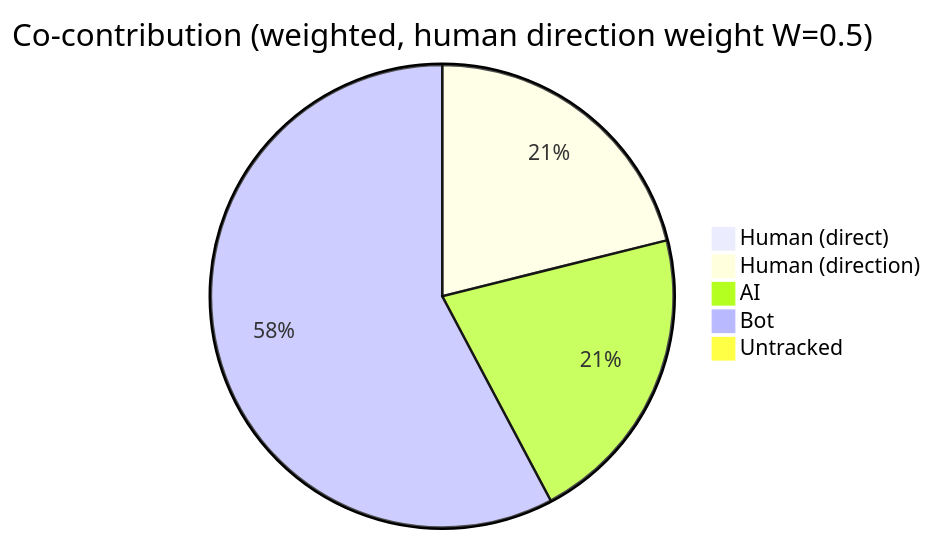
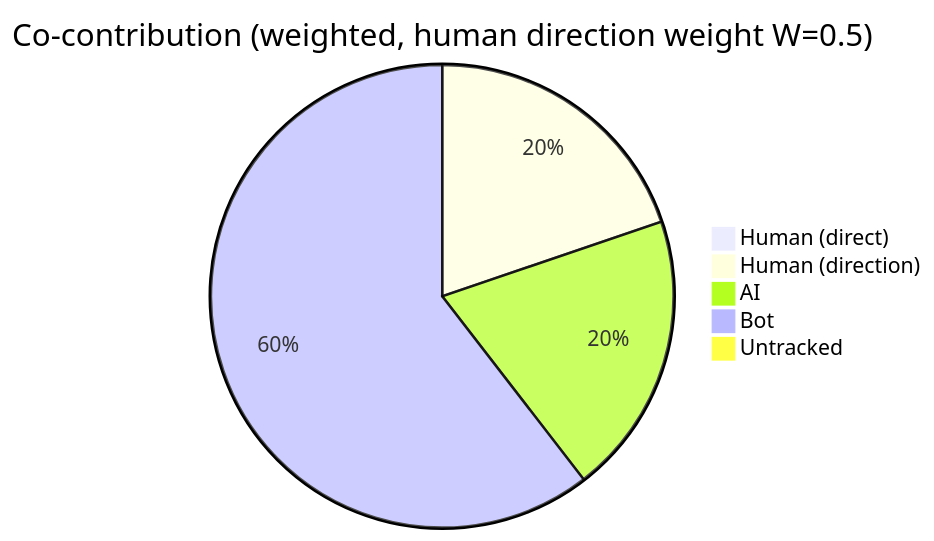
Before and after one commit to CaliMark/ai-authorship: the first of 4 diagrams in AI-AUTHORSHIP.md, drawn with Mermaid. The commit also changed other lines of this file and 1 other file, not shown here.

````diff
--- a/AI-AUTHORSHIP.md
+++ b/AI-AUTHORSHIP.md
@@ -23,8 +23,8 @@
 ```mermaid
 pie title Co-contribution (weighted, human direction weight W=0.5)
     "Human (direct)" : 0
-    "Human (direction)" : 998
-    "AI" : 998
-    "Bot" : 2730
+    "Human (direction)" : 910
+    "AI" : 909
+    "Bot" : 2782
     "Untracked" : 0
 ```
````
